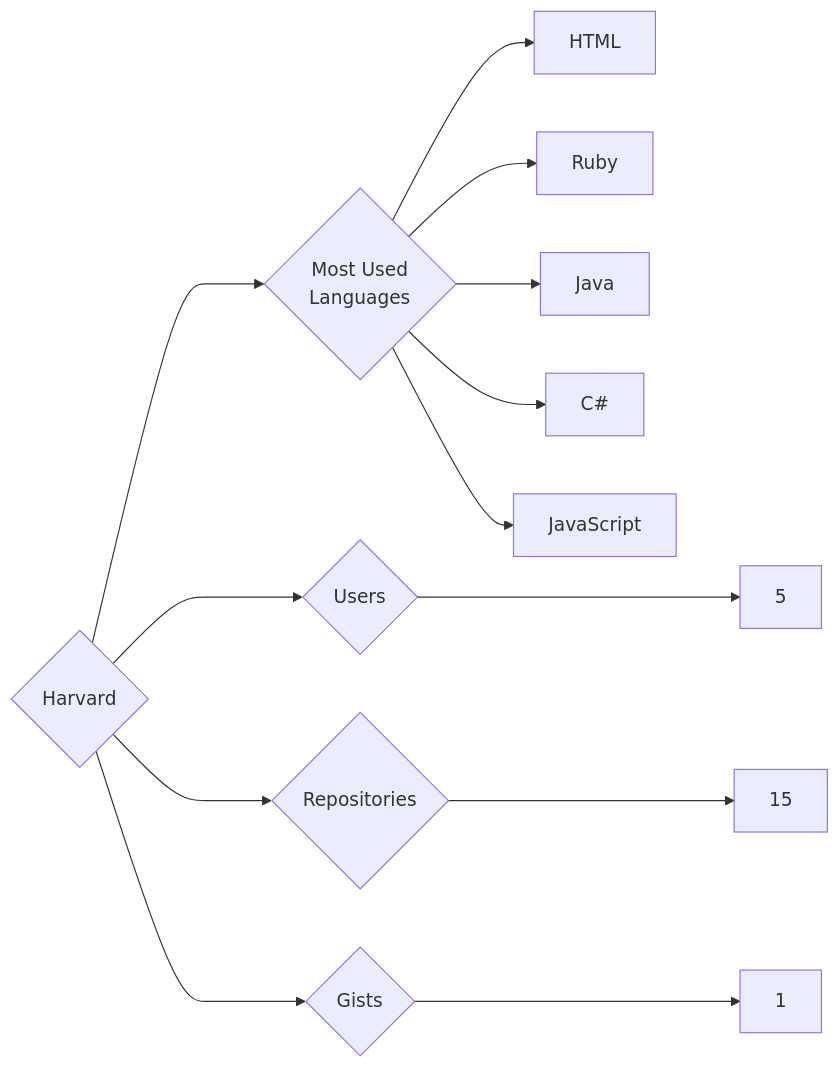
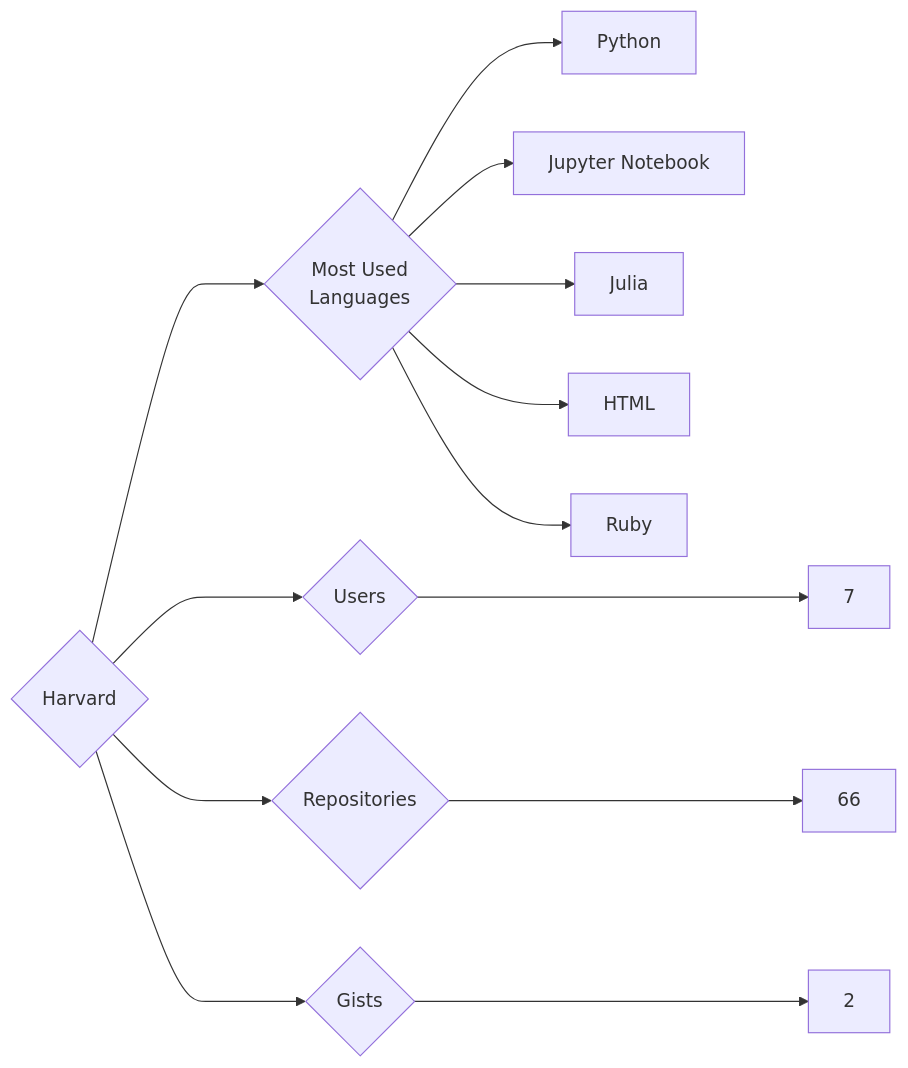
Before and after one commit to trickest/insiders: the diagram in targets/Harvard/README.md, drawn with Mermaid. The commit also changed 618 other files, not shown here.

````diff
--- a/targets/Harvard/README.md
+++ b/targets/Harvard/README.md
@@ -3,13 +3,13 @@
 ```mermaid
 graph LR
 COMPANY_NAME{Harvard}
-COMPANY_NAME ---> U{Users} ---> UN[5]
-COMPANY_NAME ---> R{Repositories} ---> RN[15]
-COMPANY_NAME ---> G{Gists} ---> GN[1]
+COMPANY_NAME ---> U{Users} ---> UN[7]
+COMPANY_NAME ---> R{Repositories} ---> RN[66]
+COMPANY_NAME ---> G{Gists} ---> GN[2]
 COMPANY_NAME ---> ML{Most Used<br>Languages}
+ML --> Python[Python]
+ML --> Jupyter_Notebook[Jupyter Notebook]
+ML --> Julia[Julia]
 ML --> HTML[HTML]
 ML --> Ruby[Ruby]
-ML --> Java[Java]
-ML --> C#[C#]
-ML --> JavaScript[JavaScript]
 ```
````
